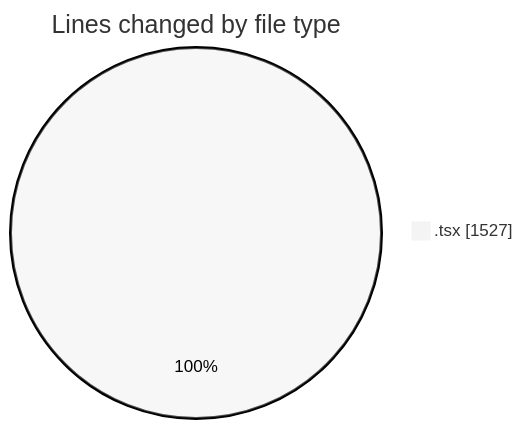
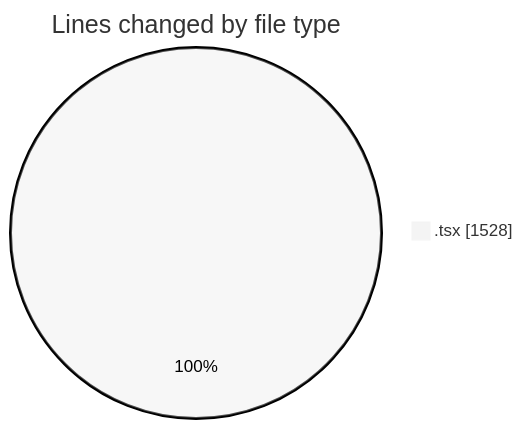
The first of 2 diagrams in 2026-03-30/nxtqube_webapp/README.md (nxtqubesakshisongat/code-tracking), drawn with Mermaid (neutral theme) before and after one commit. The commit also changed other lines of this file and 1 other file, not shown here.

````diff
--- a/2026-03-30/nxtqube_webapp/README.md
+++ b/2026-03-30/nxtqube_webapp/README.md
@@ -22,5 +22,5 @@
 ```mermaid
 pie showData
 title Lines changed by file type
-".tsx" : 1527
+".tsx" : 1528
 ```
````
